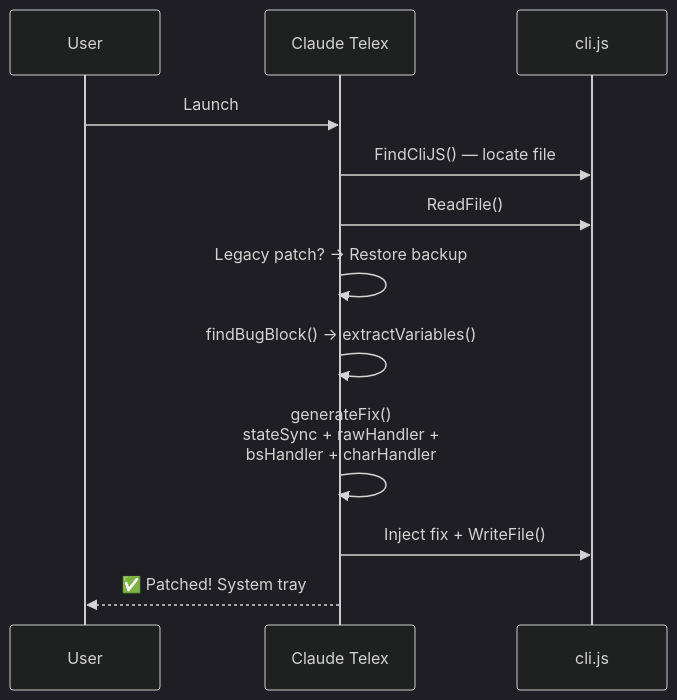
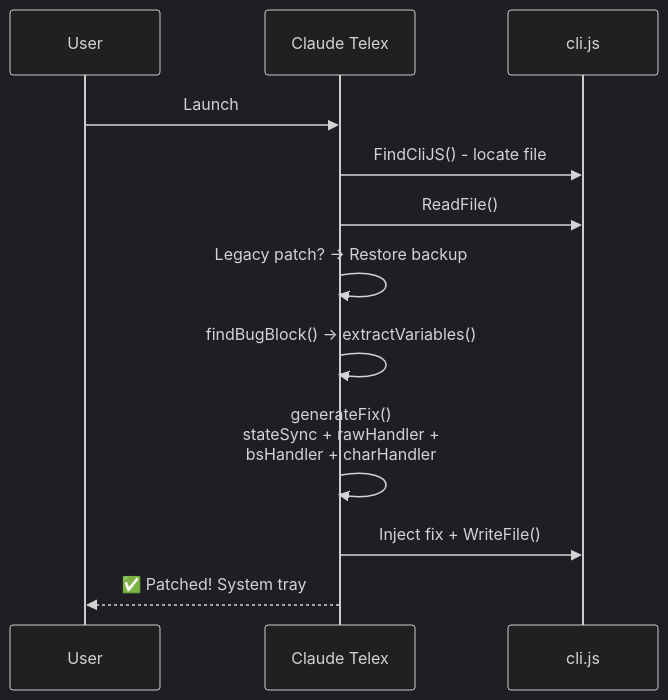
The fourth of 4 diagrams in README.md (nguyenhx2/Claude-Telex), drawn with Mermaid (dark theme) before and after one commit. The commit also changed other lines of this file and 1 other file, not shown here.

````diff
--- a/README.md
+++ b/README.md
@@ -265,15 +265,15 @@
 ```mermaid
 sequenceDiagram
     participant U as User
     participant CT as Claude Telex
     participant JS as cli.js
 
     U->>CT: Launch
-    CT->>JS: FindCliJS() — locate file
+    CT->>JS: FindCliJS() - locate file
     CT->>JS: ReadFile()
     CT->>CT: Legacy patch? → Restore backup
     CT->>CT: findBugBlock() → extractVariables()
     CT->>CT: generateFix()<br/>stateSync + rawHandler +<br/>bsHandler + charHandler
     CT->>JS: Inject fix + WriteFile()
     CT-->>U: ✅ Patched! System tray
 ```
````
